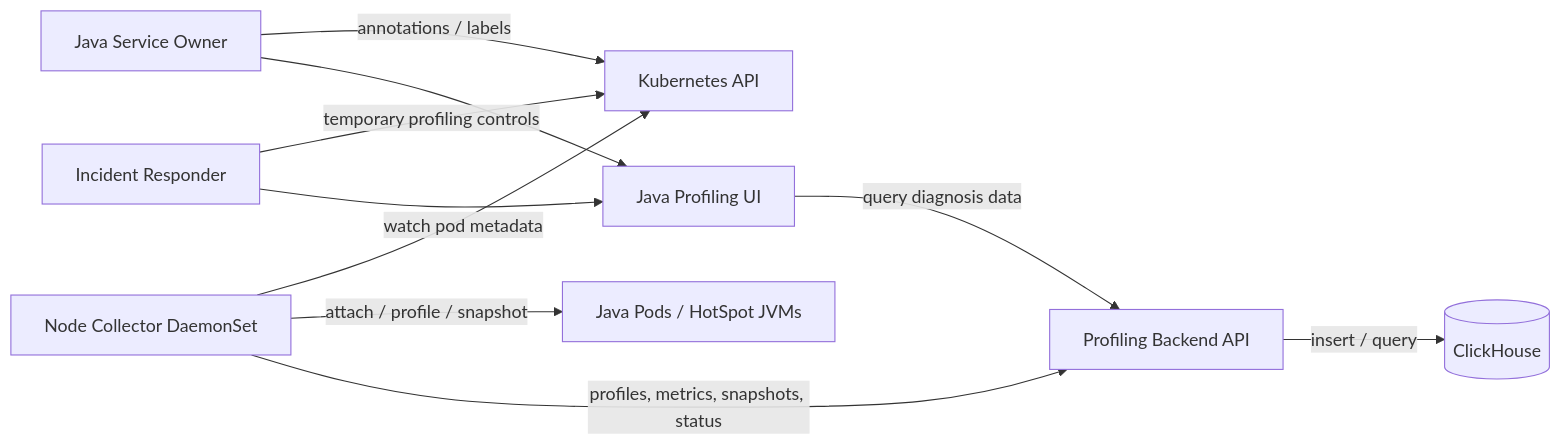
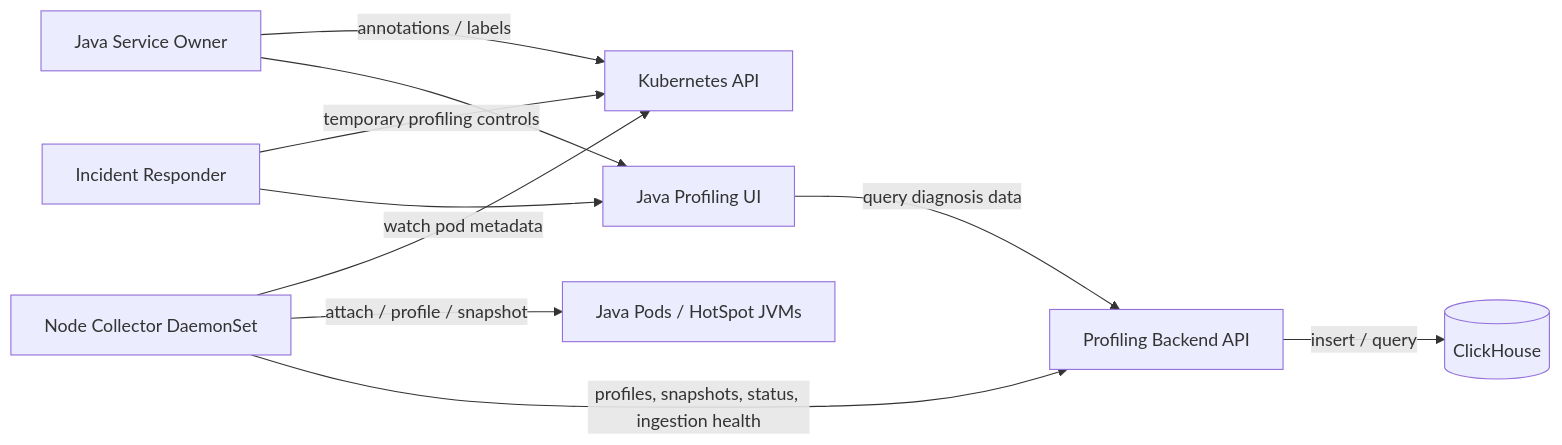
The first of 4 diagrams in docs/architecture/java-k8s-performance-profiling-architecture.md (koolay/java-profiler), drawn with Mermaid before and after one commit. The commit also changed other lines of this file and 6 other files, not shown here.

````diff
--- a/docs/architecture/java-k8s-performance-profiling-architecture.md
+++ b/docs/architecture/java-k8s-performance-profiling-architecture.md
@@ -40,21 +53,21 @@
 ```mermaid
 flowchart LR
   owner[Java Service Owner]
   responder[Incident Responder]
   k8s[Kubernetes API]
   java[Java Pods / HotSpot JVMs]
   collector[Node Collector DaemonSet]
   backend[Profiling Backend API]
   ch[(ClickHouse)]
   ui[Java Profiling UI]
 
   owner -->|annotations / labels| k8s
   responder -->|temporary profiling controls| k8s
   collector -->|watch pod metadata| k8s
   collector -->|attach / profile / snapshot| java
-  collector -->|profiles, metrics, snapshots, status| backend
+  collector -->|profiles, snapshots, status, ingestion health| backend
   backend -->|insert / query| ch
   ui -->|query diagnosis data| backend
   responder --> ui
   owner --> ui
 ```
````
